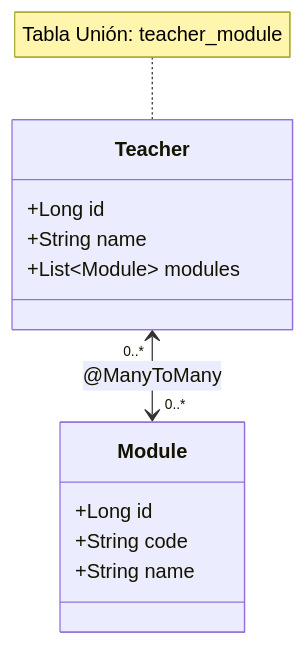
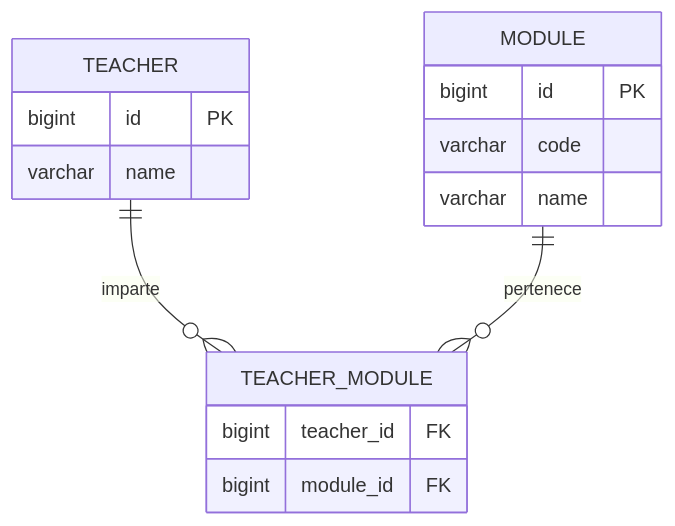
Diagram 12 of 20 in RA3/RA3. Herramientas de mapeo objeto relacional (ORM) v3.md (fencgut961/AAD_26_27), drawn with Mermaid before and after one commit.

Commit message:
Revise class diagram for Teacher and Module entities
Updated class diagram and relationships for Teacher and Module entities, including changes to the Teacher_Module relationship and added details about the Enrollment entity.

````diff
--- a/RA3/RA3. Herramientas de mapeo objeto relacional (ORM) v3.md
+++ b/RA3/RA3. Herramientas de mapeo objeto relacional (ORM) v3.md
@@ -599,15 +599,21 @@
 ```mermaid
-classDiagram
-    class Teacher {
-        +Long id
-        +String name
-        +List~Module~ modules
+erDiagram
+    TEACHER ||--o{ TEACHER_MODULE : "imparte"
+    MODULE ||--o{ TEACHER_MODULE : "pertenece"
+
+    TEACHER {
+        bigint id PK
+        varchar name
     }
-    class Module {
-        +Long id
-        +String code
-        +String name
+
+    TEACHER_MODULE {
+        bigint teacher_id FK
+        bigint module_id FK
     }
-    Teacher "0..*" <--> "0..*" Module : @ManyToMany
-    note for Teacher "Tabla Unión: teacher_module"
+
+    MODULE {
+        bigint id PK
+        varchar code
+        varchar name
+    }
 ```
````
